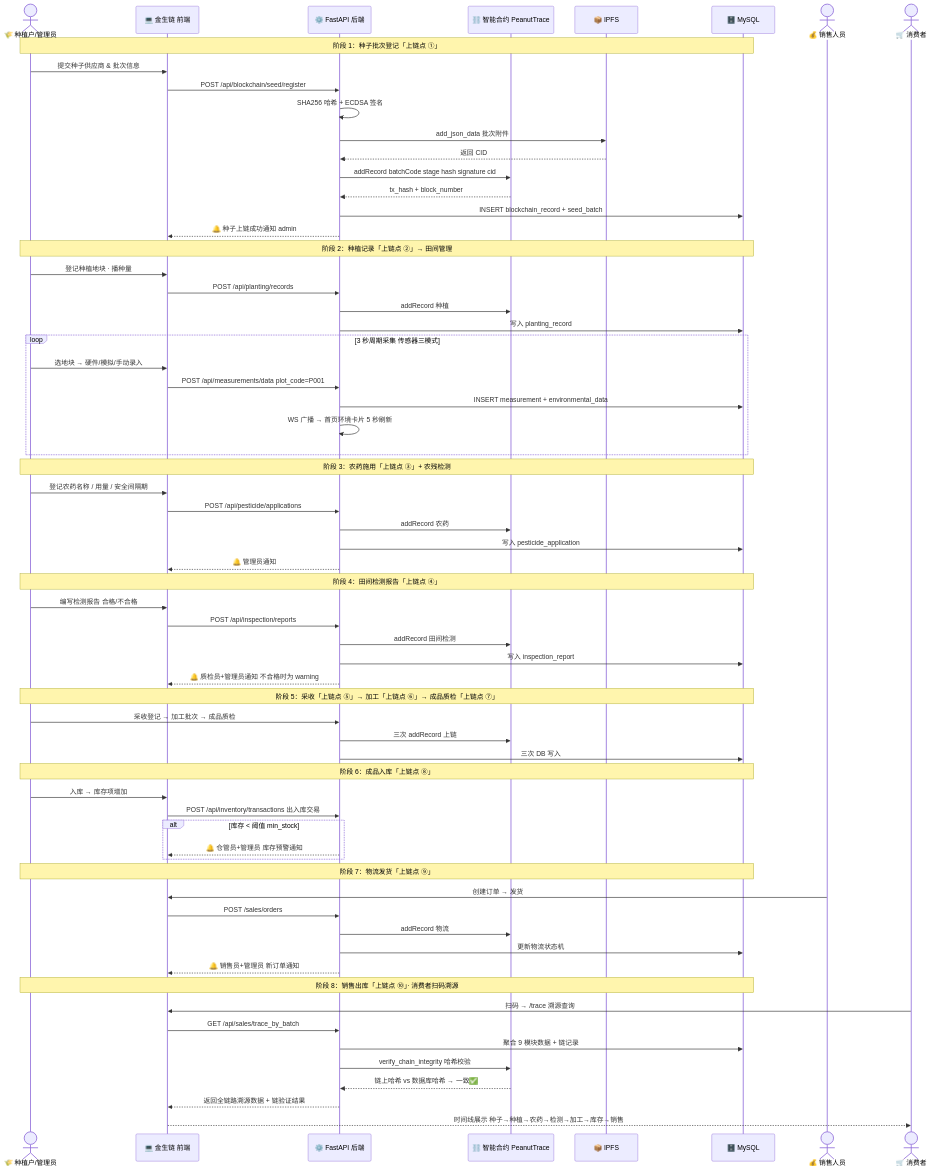
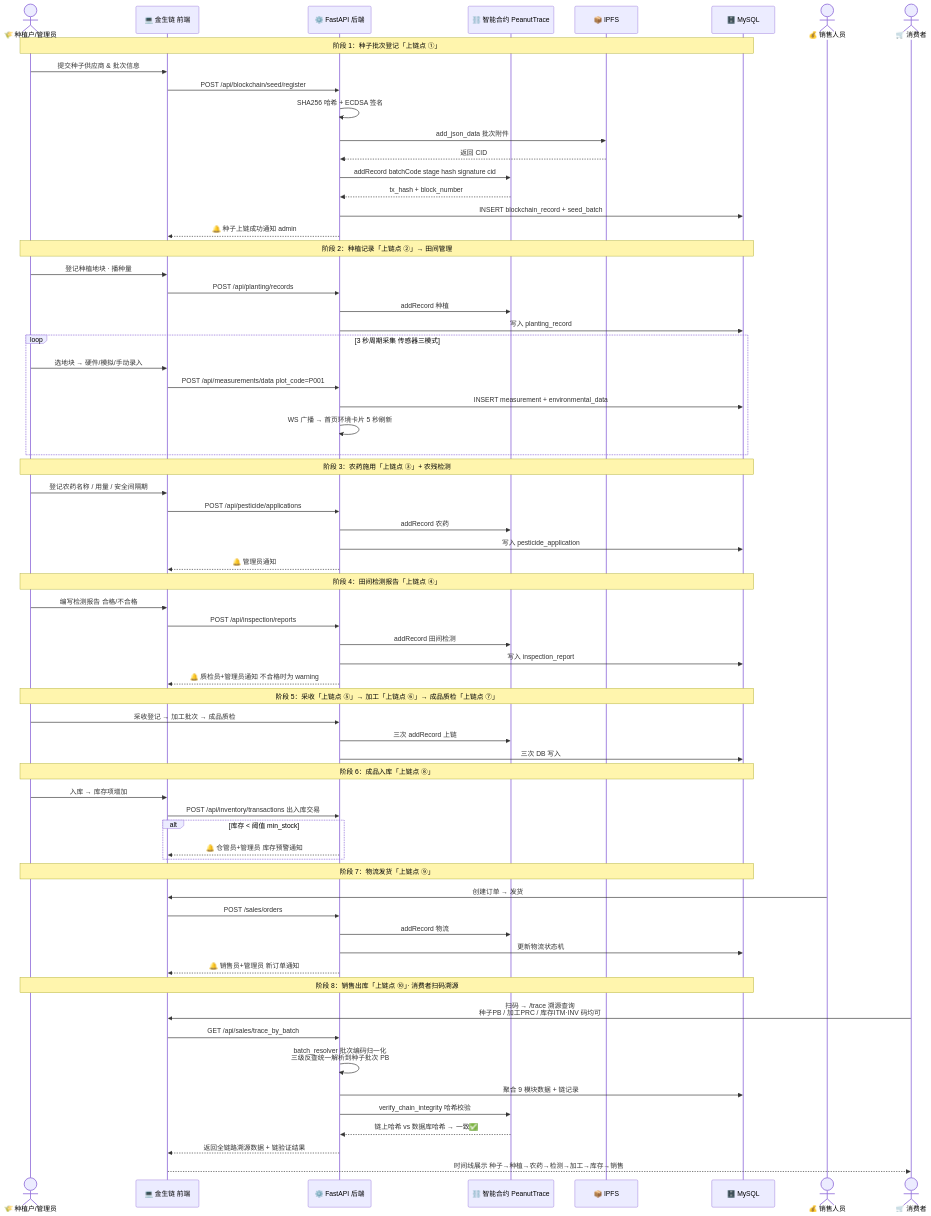
The diagram in assets/trace-sequence.mmd (Da123e/nongyao), drawn with Mermaid before and after one commit. The commit also changed 5 other files, not shown here.

Commit message:
安全加固+架构图同步：seed脚本密码改为环境变量读取，架构图与时序图补充批次编码归一化模块

```diff
--- a/assets/trace-sequence.mmd
+++ b/assets/trace-sequence.mmd
@@ -1,75 +1,76 @@
 sequenceDiagram
     actor F as 🌾 种植户/管理员
     participant FE as 💻 金生链 前端
     participant BE as ⚙️ FastAPI 后端
     participant BC as ⛓️ 智能合约 PeanutTrace
     participant IPFS as 📦 IPFS
     participant DB as 🗄️ MySQL
 
     Note over F,DB: 阶段 1：种子批次登记「上链点 ①」
     F->>FE: 提交种子供应商 & 批次信息
     FE->>BE: POST /api/blockchain/seed/register
     BE->>BE: SHA256 哈希 + ECDSA 签名
     BE->>IPFS: add_json_data 批次附件
     IPFS-->>BE: 返回 CID
     BE->>BC: addRecord batchCode stage hash signature cid
     BC-->>BE: tx_hash + block_number
     BE->>DB: INSERT blockchain_record + seed_batch
     BE-->>FE: 🔔 种子上链成功通知 admin
 
     Note over F,DB: 阶段 2：种植记录「上链点 ②」→ 田间管理
     F->>FE: 登记种植地块 · 播种量
     FE->>BE: POST /api/planting/records
     BE->>BC: addRecord 种植
     BE->>DB: 写入 planting_record
 
     loop 3 秒周期采集 传感器三模式
         F->>FE: 选地块 → 硬件/模拟/手动录入
         FE->>BE: POST /api/measurements/data plot_code=P001
         BE->>DB: INSERT measurement + environmental_data
         BE->>BE: WS 广播 → 首页环境卡片 5 秒刷新
     end
 
     Note over F,DB: 阶段 3：农药施用「上链点 ③」+ 农残检测
     F->>FE: 登记农药名称 / 用量 / 安全间隔期
     FE->>BE: POST /api/pesticide/applications
     BE->>BC: addRecord 农药
     BE->>DB: 写入 pesticide_application
     BE-->>FE: 🔔 管理员通知
 
     Note over F,DB: 阶段 4：田间检测报告「上链点 ④」
     F->>FE: 编写检测报告 合格/不合格
     FE->>BE: POST /api/inspection/reports
     BE->>BC: addRecord 田间检测
     BE->>DB: 写入 inspection_report
     BE-->>FE: 🔔 质检员+管理员通知 不合格时为 warning
 
     Note over F,DB: 阶段 5：采收「上链点 ⑤」→ 加工「上链点 ⑥」→ 成品质检「上链点 ⑦」
     F->>BE: 采收登记 → 加工批次 → 成品质检
     BE->>BC: 三次 addRecord 上链
     BE->>DB: 三次 DB 写入
 
     Note over F,DB: 阶段 6：成品入库「上链点 ⑧」
     F->>FE: 入库 → 库存项增加
     FE->>BE: POST /api/inventory/transactions 出入库交易
     alt 库存 < 阈值 min_stock
         BE-->>FE: 🔔 仓管员+管理员 库存预警通知
     end
 
     Note over F,DB: 阶段 7：物流发货「上链点 ⑨」
     actor S as 💰 销售人员
     S->>FE: 创建订单 → 发货
     FE->>BE: POST /sales/orders
     BE->>BC: addRecord 物流
     BE->>DB: 更新物流状态机
     BE-->>FE: 🔔 销售员+管理员 新订单通知
 
     Note over F,DB: 阶段 8：销售出库「上链点 ⑩」· 消费者扫码溯源
     actor C as 🛒 消费者
-    C->>FE: 扫码 → /trace 溯源查询
+    C->>FE: 扫码 → /trace 溯源查询<br>种子PB / 加工PRC / 库存ITM·INV 码均可
     FE->>BE: GET /api/sales/trace_by_batch
+    BE->>BE: batch_resolver 批次编码归一化<br>三级反查统一解析到种子批次 PB
     BE->>DB: 聚合 9 模块数据 + 链记录
     BE->>BC: verify_chain_integrity 哈希校验
     BC-->>BE: 链上哈希 vs 数据库哈希 → 一致✅
     BE-->>FE: 返回全链路溯源数据 + 链验证结果
     FE-->>C: 时间线展示 种子→种植→农药→检测→加工→库存→销售
```
